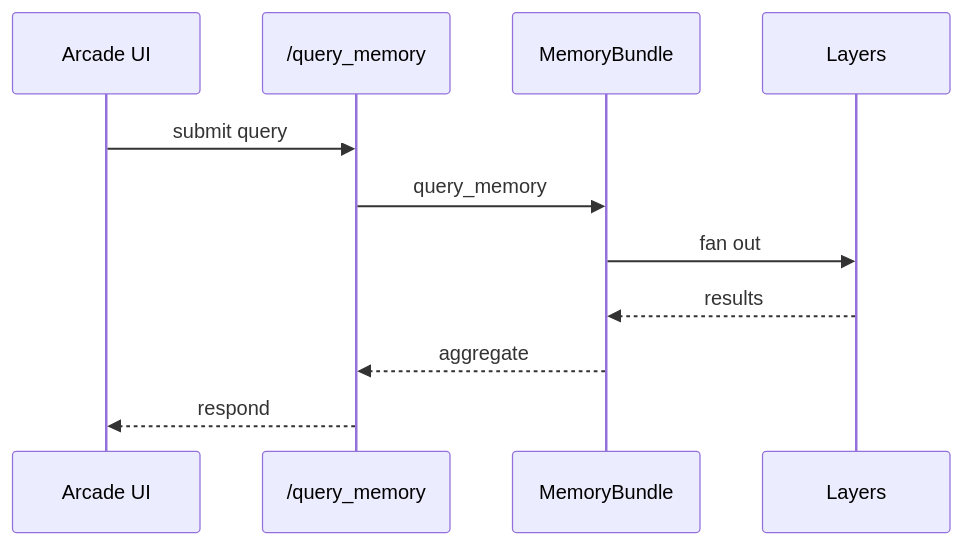
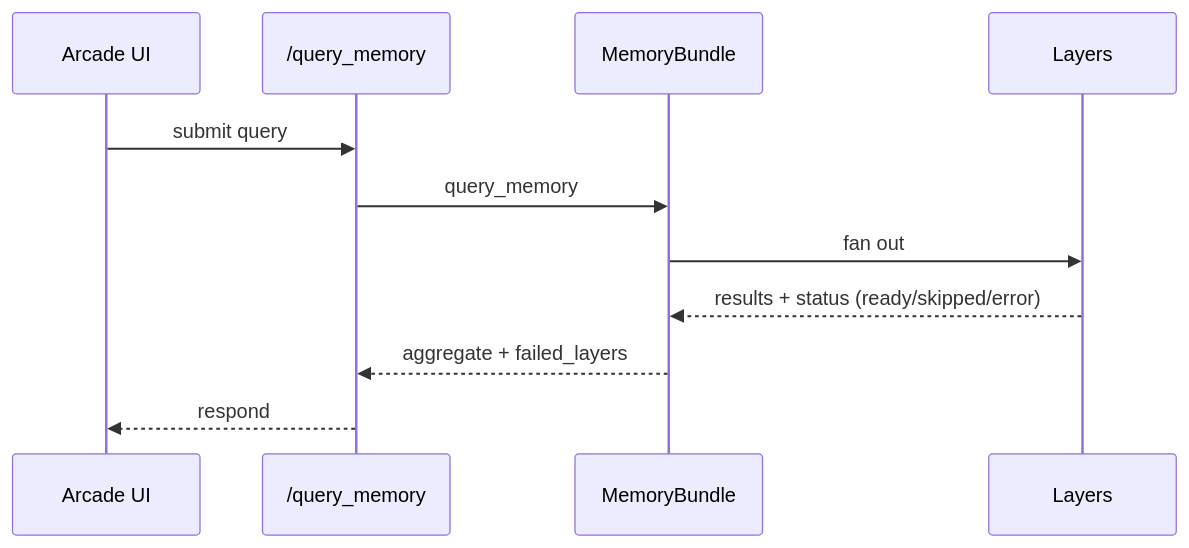
The diagram in docs/figures/operator_query_sequence.mmd (DINGIRABZU/ABZU), drawn with Mermaid before and after one commit. The commit also changed 12 other files, not shown here.

```diff
--- a/docs/figures/operator_query_sequence.mmd
+++ b/docs/figures/operator_query_sequence.mmd
@@ -1,15 +1,15 @@
 %% Operator query sequence diagram
-%% Version: v1.0.0
-%% Last updated: 2025-09-05
+%% Version: v1.1.0
+%% Last updated: 2025-10-07
 sequenceDiagram
     participant UI as Arcade UI
     participant API as /query_memory
     participant MB as MemoryBundle
     participant L as Layers
 
     UI->>API: submit query
     API->>MB: query_memory
     MB->>L: fan out
-    L-->>MB: results
-    MB-->>API: aggregate
+    L-->>MB: results + status (ready/skipped/error)
+    MB-->>API: aggregate + failed_layers
     API-->>UI: respond
```
